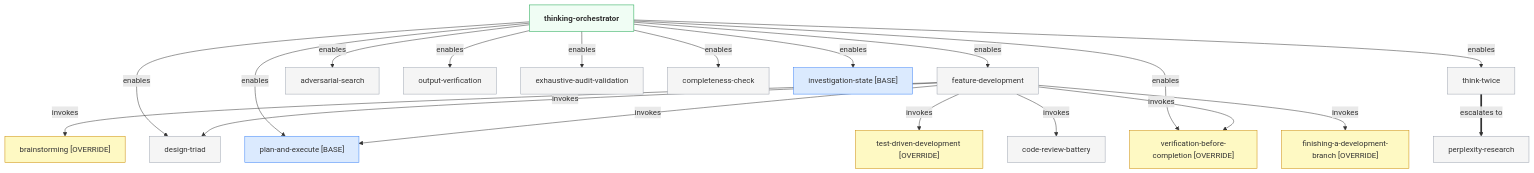
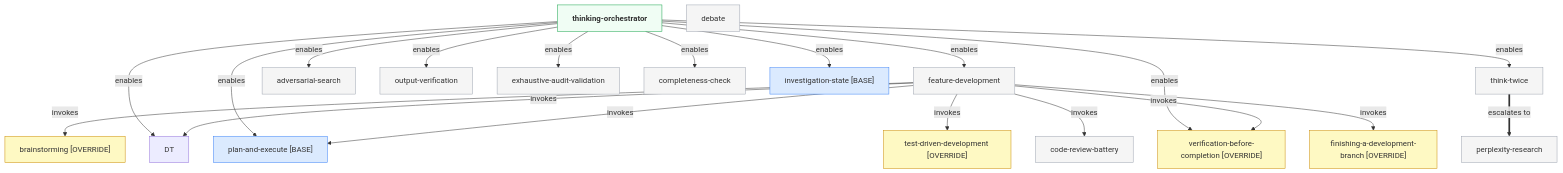
One commit to bordenet/superpowers-plus changed the second of 7 diagrams in docs/SKILL_TAXONOMY.md. Above: the diagram before and after it, drawn with Mermaid. The commit also changed other lines of this file and 28 other files, not shown here.

First line of the commit message:
rename: design-triad → debate (alias: thunderdome)

````diff
--- a/docs/SKILL_TAXONOMY.md
+++ b/docs/SKILL_TAXONOMY.md
@@ -88,45 +88,45 @@
 ```mermaid
 flowchart TD
     classDef orch fill:#f0fdf4,stroke:#16a34a,font-weight:bold
     classDef ovrd fill:#fef9c3,stroke:#ca8a04
     classDef base fill:#dbeafe,stroke:#3b82f6
     classDef new fill:#f5f5f5,stroke:#9ca3af
 
     TO[thinking-orchestrator]:::orch
     FD[feature-development]:::new
-    DT[design-triad]:::new
+    DB[debate]:::new
     PAE["plan-and-execute [BASE]"]:::base
     TWT[think-twice]:::new
     AS[adversarial-search]:::new
     VBC["verification-before-completion [OVERRIDE]"]:::ovrd
     OV[output-verification]:::new
     EAV[exhaustive-audit-validation]:::new
     CS[completeness-check]:::new
     IS["investigation-state [BASE]"]:::base
     PR[perplexity-research]:::new
     BST["brainstorming [OVERRIDE]"]:::ovrd
     TDD["test-driven-development [OVERRIDE]"]:::ovrd
     CRB[code-review-battery]:::new
     FDAB["finishing-a-development-branch [OVERRIDE]"]:::ovrd
 
     TO -->|enables| FD
     TO -->|enables| DT
     TO -->|enables| PAE
     TO -->|enables| TWT
     TO -->|enables| AS
     TO -->|enables| VBC
     TO -->|enables| OV
     TO -->|enables| EAV
     TO -->|enables| CS
     TO -->|enables| IS
 
     FD -->|invokes| BST
     FD -->|invokes| DT
     FD -->|invokes| PAE
     FD -->|invokes| TDD
     FD -->|invokes| CRB
     FD -->|invokes| VBC
     FD -->|invokes| FDAB
 
     TWT ==>|escalates to| PR
 ```
````
